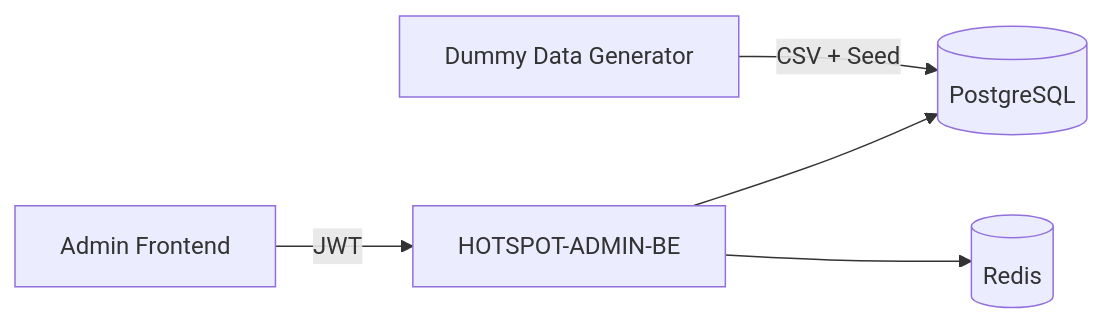
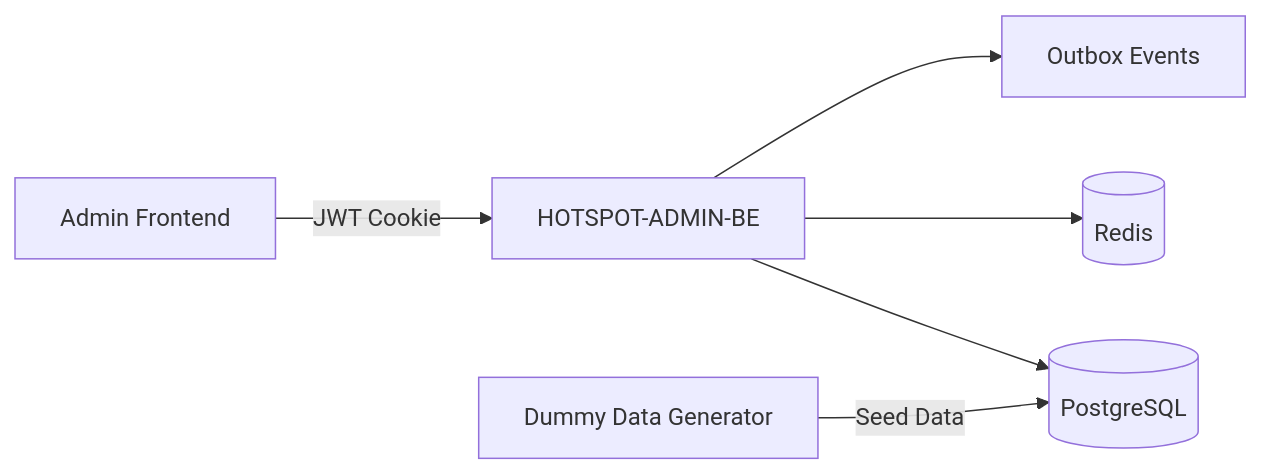
Before and after one commit to HOTSPOT-pro/HOTSPOT-ADMIN-BE: the first of 3 diagrams in README.md, drawn with Mermaid. The commit also changed other lines of this file, not shown here.

````diff
--- a/README.md
+++ b/README.md
@@ -135,7 +171,8 @@
 ```mermaid
 flowchart LR
-    A[Admin Frontend] -->|JWT| B[HOTSPOT-ADMIN-BE]
+    A[Admin Frontend] -->|JWT Cookie| B[HOTSPOT-ADMIN-BE]
     B --> C[(PostgreSQL)]
     B --> D[(Redis)]
-    E[Dummy Data Generator] -->|CSV + Seed| C
+    B --> E[Outbox Events]
+    F[Dummy Data Generator] -->|Seed Data| C
 ```
````
